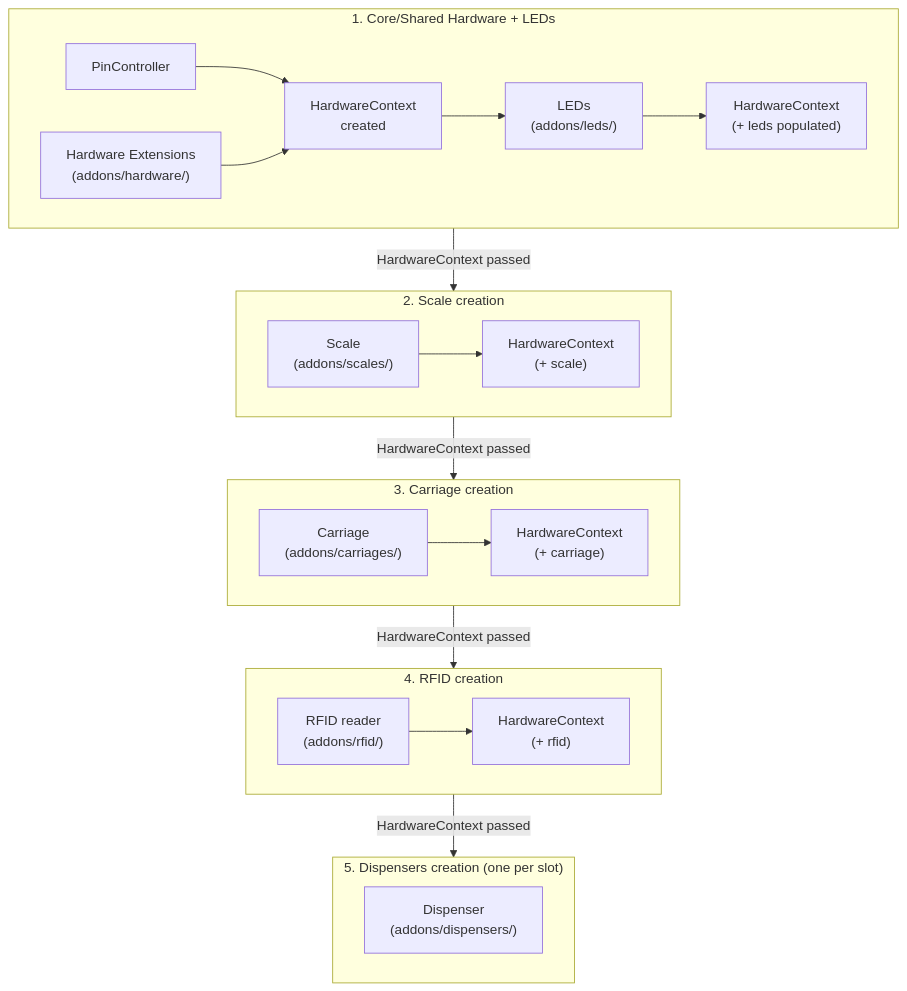
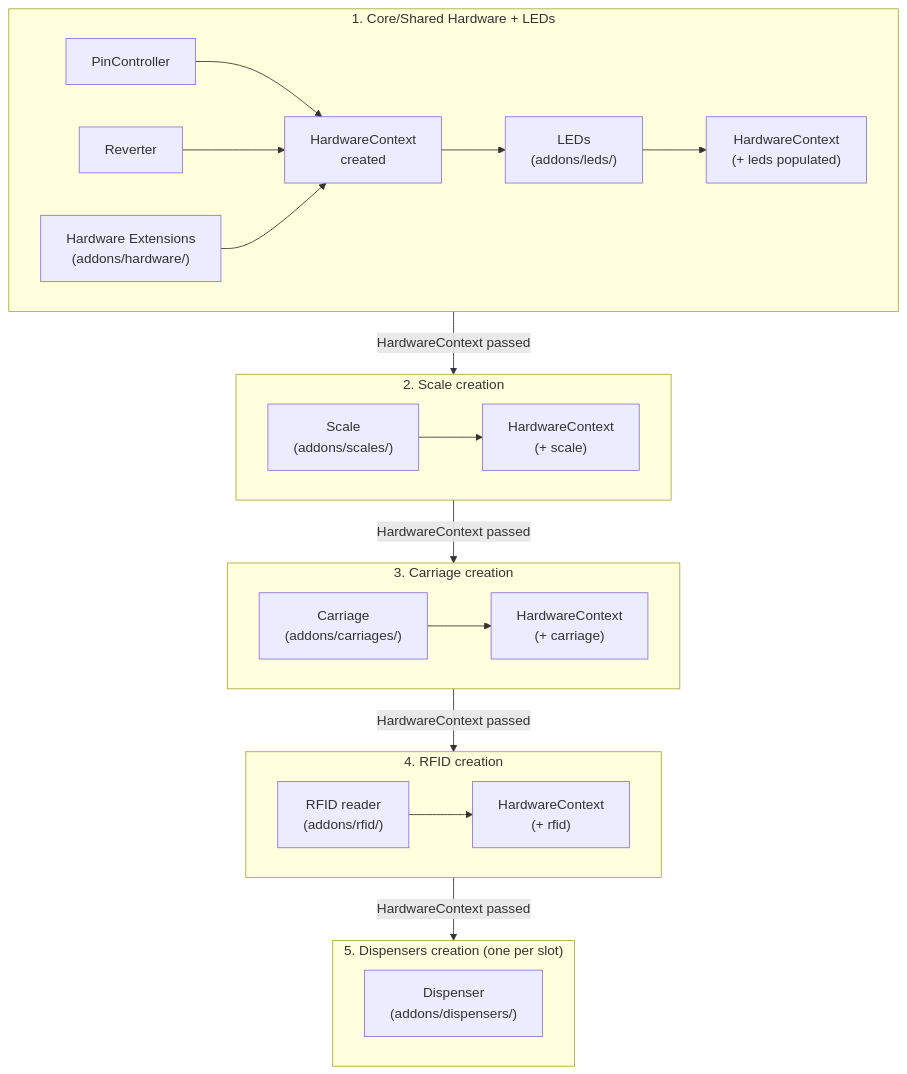
One commit to AndreWohnsland/CocktailBerry changed the diagram in docs/hardware-extensions/index.md. Above: the diagram before and after it, drawn with Mermaid. The commit also changed other lines of this file and 18 other files, not shown here.

````diff
--- a/docs/hardware-extensions/index.md
+++ b/docs/hardware-extensions/index.md
@@ -27,40 +27,42 @@
 ```mermaid
 flowchart TD
     subgraph stage1["1. Core/Shared Hardware + LEDs"]
         pin["PinController"]
+        reverter["Reverter"]
         hw_ext["Hardware Extensions\n(addons/hardware/)"]
         leds["LEDs\n(addons/leds/)"]
         pin --> hctx
+        reverter --> hctx
         hw_ext --> hctx
         hctx["HardwareContext\ncreated"]
         hctx --> leds
         leds --> hctx_leds["HardwareContext\n(+ leds populated)"]
     end
 
     stage1 -->|"HardwareContext passed"| stage2
 
     subgraph stage2["2. Scale creation"]
         scale["Scale\n(addons/scales/)"]
     scale --> hctx2["HardwareContext\n(+ scale)"]
     end
 
     stage2 -->|"HardwareContext passed"| stage3
 
     subgraph stage3["3. Carriage creation"]
         carriage["Carriage\n(addons/carriages/)"]
         carriage --> hctx3["HardwareContext\n(+ carriage)"]
     end
 
     stage3 -->|"HardwareContext passed"| stage4
 
     subgraph stage4["4. RFID creation"]
         rfid["RFID reader\n(addons/rfid/)"]
         rfid --> hctx4["HardwareContext\n(+ rfid)"]
     end
 
     stage4 -->|"HardwareContext passed"| dispensers
 
     subgraph dispensers["5. Dispensers creation (one per slot)"]
         custom["Dispenser\n(addons/dispensers/)"]
     end
 ```
````
